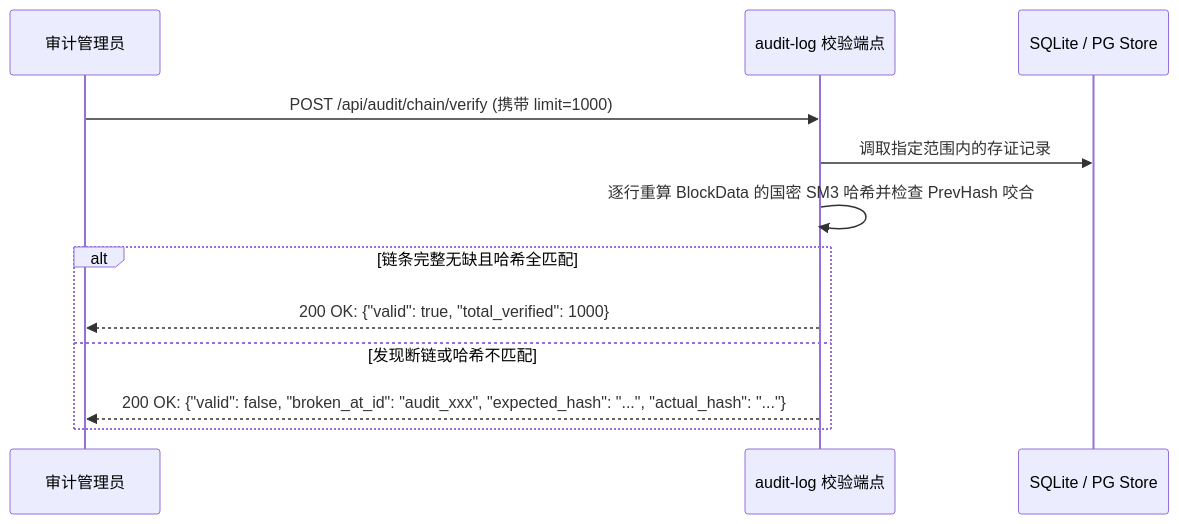
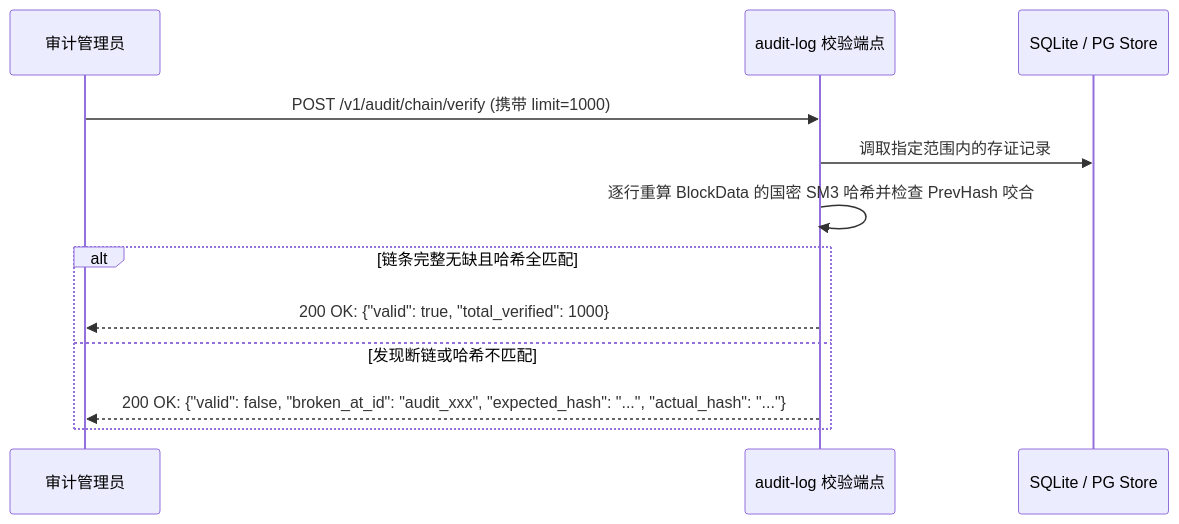
Before and after one commit to fengzhizi319/PrivShield-go: the second of 3 diagrams in services/audit-log/docs/learning-guide.md, drawn with Mermaid. The commit also changed other lines of this file and 162 other files, not shown here.

````diff
--- a/services/audit-log/docs/learning-guide.md
+++ b/services/audit-log/docs/learning-guide.md
@@ -150,16 +150,16 @@
 ```mermaid
 sequenceDiagram
     participant User as 审计管理员
     participant AuditSrv as audit-log 校验端点
     participant DB as SQLite / PG Store
 
-    User->>AuditSrv: POST /api/audit/chain/verify (携带 limit=1000)
+    User->>AuditSrv: POST /v1/audit/chain/verify (携带 limit=1000)
     AuditSrv->>DB: 调取指定范围内的存证记录
     AuditSrv->>AuditSrv: 逐行重算 BlockData 的国密 SM3 哈希并检查 PrevHash 咬合
     
     alt 链条完整无缺且哈希全匹配
         AuditSrv-->>User: 200 OK: {"valid": true, "total_verified": 1000}
     else 发现断链或哈希不匹配
         AuditSrv-->>User: 200 OK: {"valid": false, "broken_at_id": "audit_xxx", "expected_hash": "...", "actual_hash": "..."}
     end
 ```
````
